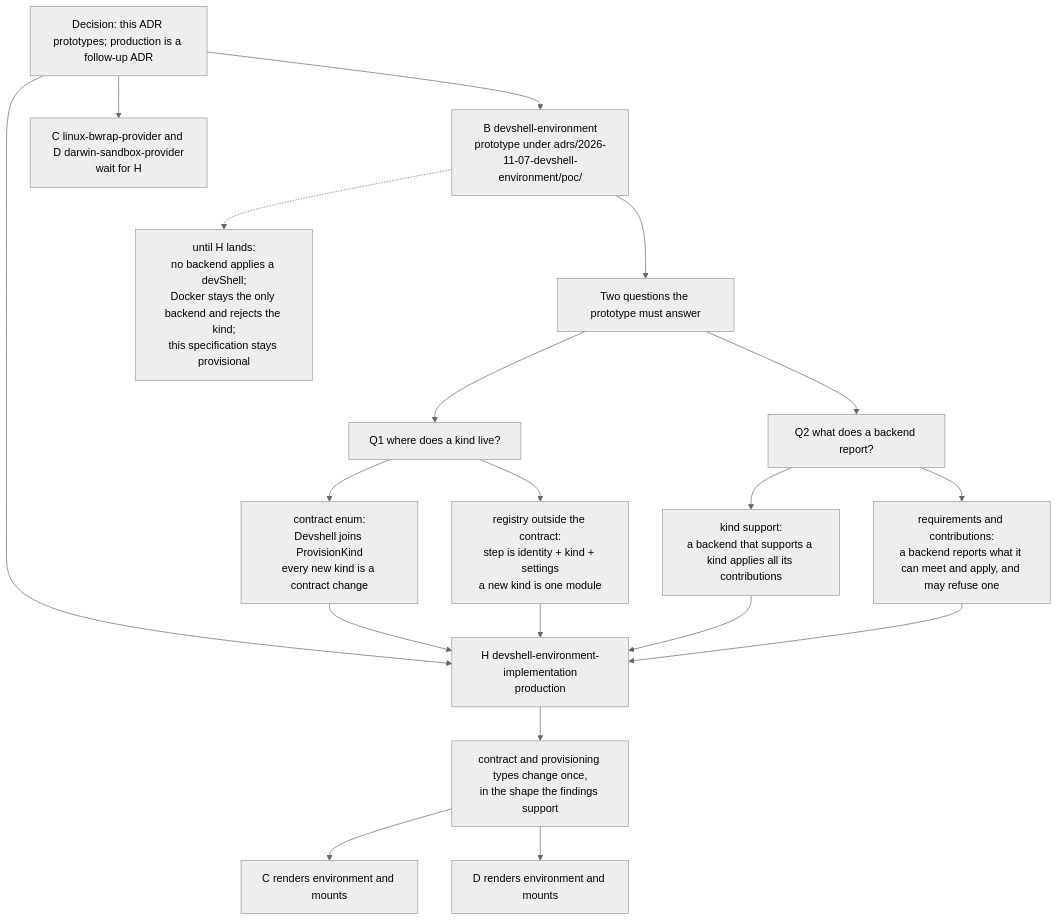
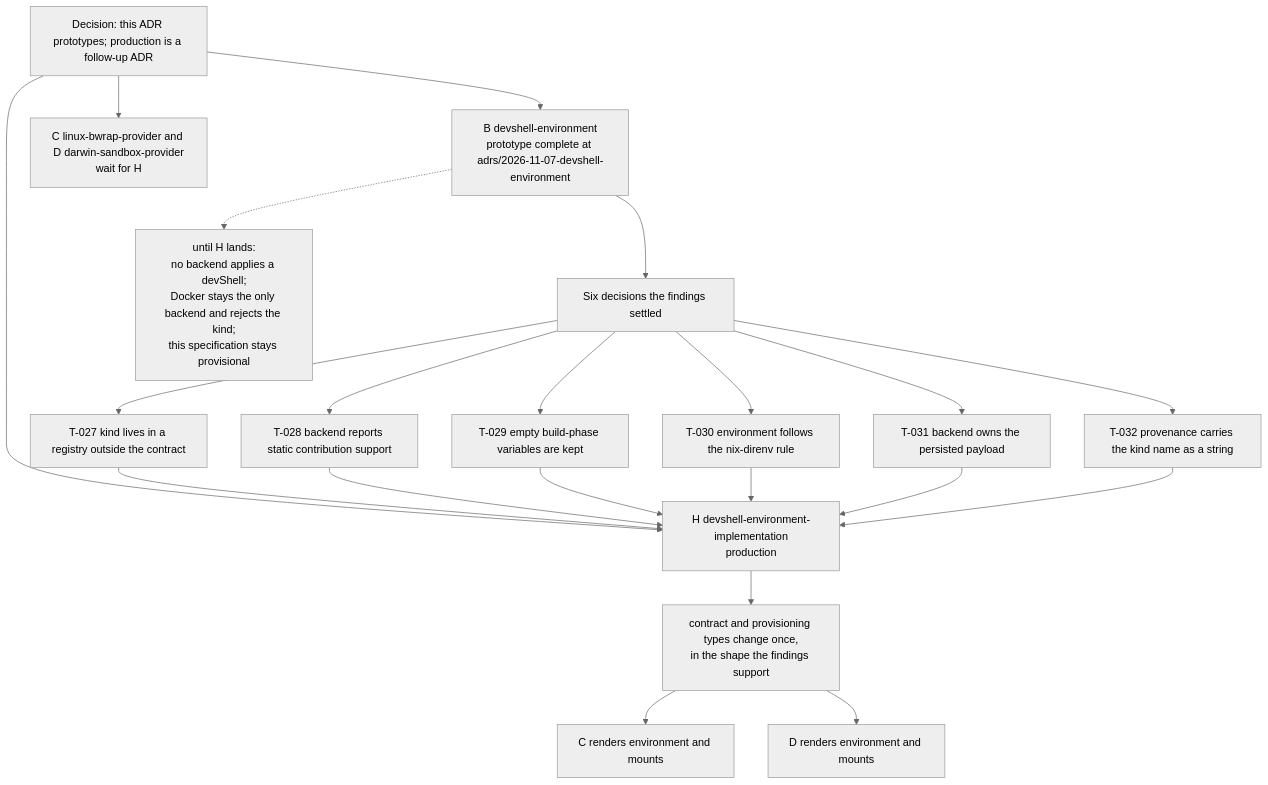
The first of 2 diagrams in maps/2026-10-31-nix-devshell-sandbox/HANDOVER.md (throwparty/agentkit), drawn with Mermaid (neutral theme) before and after one commit. The commit also changed other lines of this file and 8 other files, not shown here.

First line of the commit message:
2026-10-31-nix-devshell-sandbox: record the devshell decisions T-027 to T-032

````diff
--- a/maps/2026-10-31-nix-devshell-sandbox/HANDOVER.md
+++ b/maps/2026-10-31-nix-devshell-sandbox/HANDOVER.md
@@ -28,29 +32,29 @@
 ```mermaid
 flowchart TB
     D["Decision: this ADR prototypes; production is a follow-up ADR"]
 
-    D --> P["B devshell-environment<br/>prototype under adrs/2026-11-07-devshell-environment/poc/"]
+    D --> P["B devshell-environment<br/>prototype complete at adrs/2026-11-07-devshell-environment"]
     D --> I["H devshell-environment-implementation<br/>production"]
     D --> W["C linux-bwrap-provider and D darwin-sandbox-provider<br/>wait for H"]
 
-    P --> Q["Two questions the prototype must answer"]
-    Q --> Q1["Q1 where does a kind live?"]
-    Q --> Q2["Q2 what does a backend report?"]
+    P --> F["Six decisions the findings settled"]
+    F --> F1["T-027 kind lives in a registry outside the contract"]
+    F --> F2["T-028 backend reports static contribution support"]
+    F --> F3["T-029 empty build-phase variables are kept"]
+    F --> F4["T-030 environment follows the nix-direnv rule"]
+    F --> F5["T-031 backend owns the persisted payload"]
+    F --> F6["T-032 provenance carries the kind name as a string"]
 
-    Q1 --> Q1a["contract enum:<br/>Devshell joins ProvisionKind<br/>every new kind is a contract change"]
-    Q1 --> Q1b["registry outside the contract:<br/>step is identity + kind + settings<br/>a new kind is one module"]
-
-    Q2 --> Q2a["kind support:<br/>a backend that supports a kind applies all its contributions"]
-    Q2 --> Q2b["requirements and contributions:<br/>a backend reports what it can meet and apply, and may refuse one"]
-
-    Q1a --> I
-    Q1b --> I
-    Q2a --> I
-    Q2b --> I
+    F1 --> I
+    F2 --> I
+    F3 --> I
+    F4 --> I
+    F5 --> I
+    F6 --> I
 
     I --> B["contract and provisioning types change once,<br/>in the shape the findings support"]
     B --> C["C renders environment and mounts"]
     B --> A["D renders environment and mounts"]
 
     P -.-> U["until H lands:<br/>no backend applies a devShell;<br/>Docker stays the only backend and rejects the kind;<br/>this specification stays provisional"]
 ```
````
